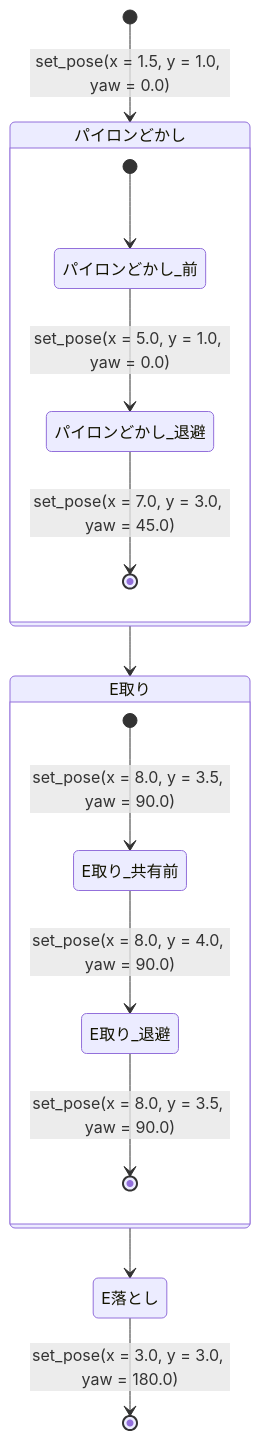
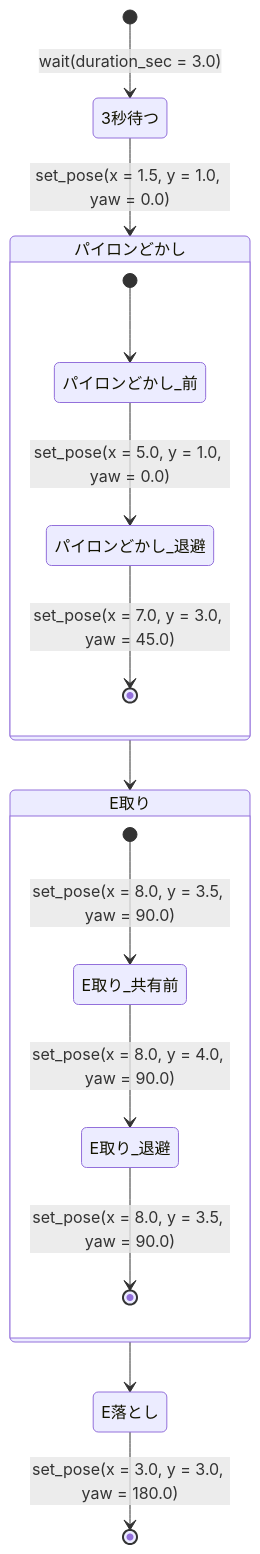
One commit to NITIC-Robot-Club/natto_library changed the diagram in examples/nhk2025_sample/state_graph/sample.md. Above: the diagram before and after it, drawn with Mermaid. The commit also changed 3 other files, not shown here.

````diff
--- a/examples/nhk2025_sample/state_graph/sample.md
+++ b/examples/nhk2025_sample/state_graph/sample.md
@@ -1,20 +1,21 @@
 ```mermaid
 stateDiagram-v2
 
-[*] --> パイロンどかし : set_pose(x = 1.5, y = 1.0, yaw = 0.0)
+[*] --> 3秒待つ : wait(duration_sec = 3.0)
+3秒待つ --> パイロンどかし : set_pose(x = 1.5, y = 1.0, yaw = 0.0)
 パイロンどかし --> E取り
 E取り --> E落とし
 E落とし --> [*] : set_pose(x = 3.0, y = 3.0, yaw = 180.0)
 
 state パイロンどかし {
     [*] --> パイロンどかし_前
     パイロンどかし_前 --> パイロンどかし_退避 : set_pose(x = 5.0, y = 1.0, yaw = 0.0)
     パイロンどかし_退避 --> [*] : set_pose(x = 7.0, y = 3.0, yaw = 45.0)
 }
 
 state E取り {
     [*] --> E取り_共有前 : set_pose(x = 8.0, y = 3.5, yaw = 90.0)
     E取り_共有前 --> E取り_退避 : set_pose(x = 8.0, y = 4.0, yaw = 90.0)
     E取り_退避 --> [*] : set_pose(x = 8.0, y = 3.5, yaw = 90.0)
 }
 ```
````
